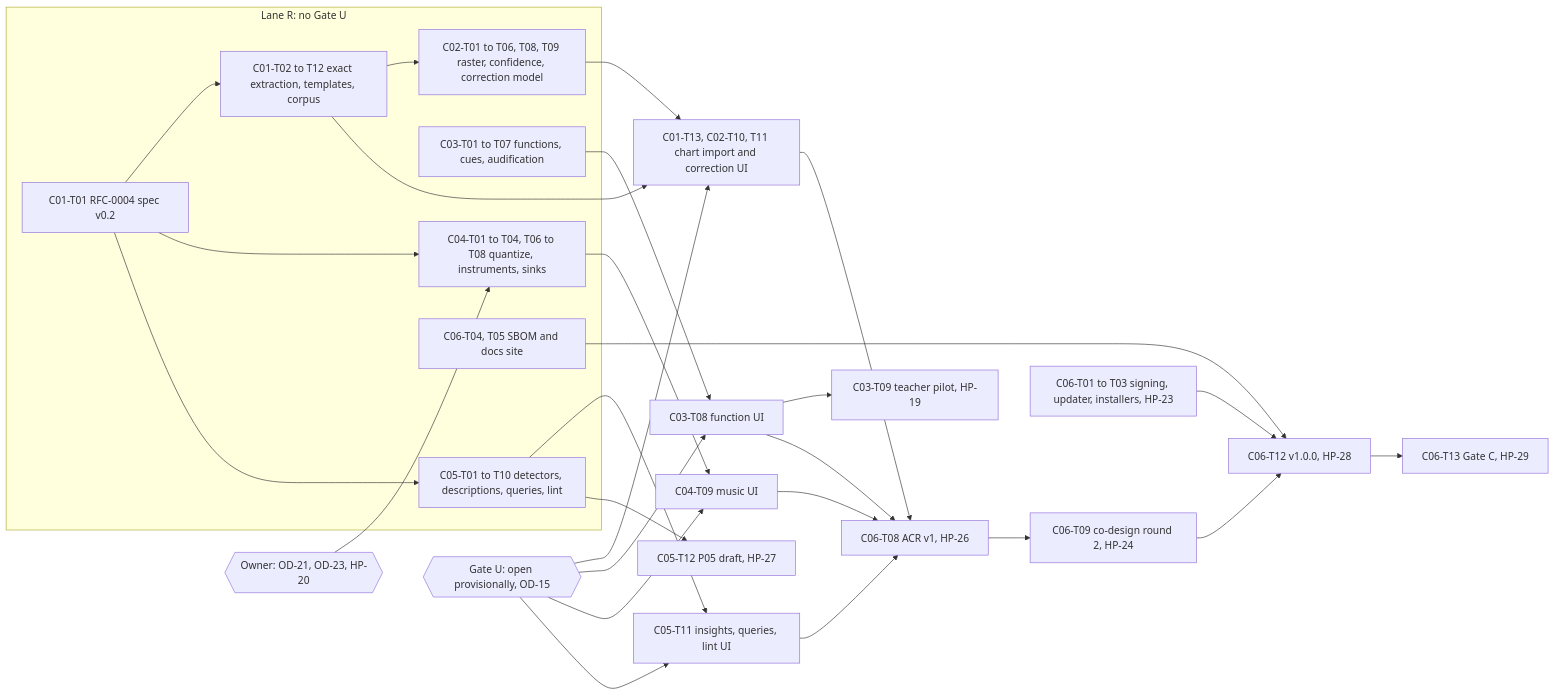
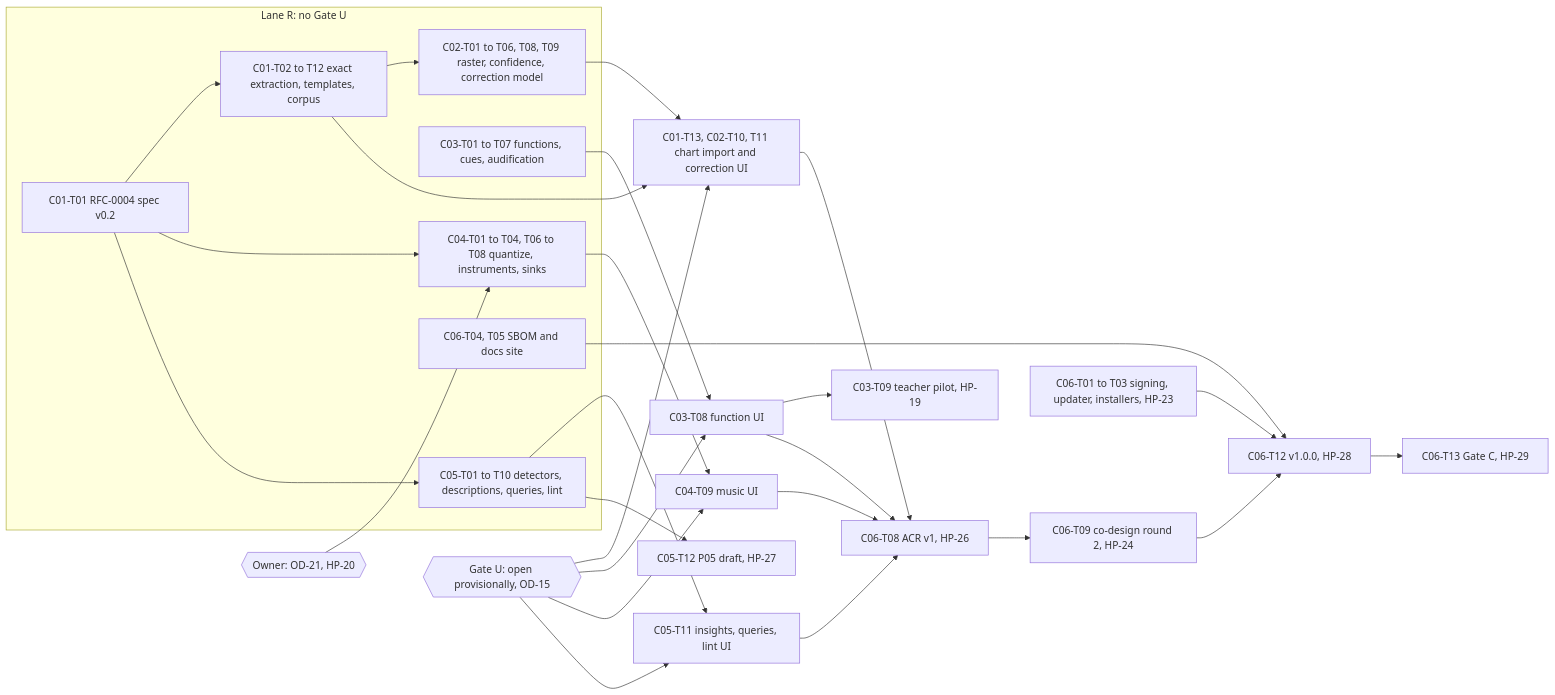
One commit to DuhItzAniket/SONARITHM changed the third of 3 diagrams in docs/planning/implementation-plan.md. Above: the diagram before and after it, drawn with Mermaid. The commit also changed other lines of this file and 12 other files, not shown here.

````diff
--- a/docs/planning/implementation-plan.md
+++ b/docs/planning/implementation-plan.md
@@ -398,39 +398,39 @@
 ```mermaid
 flowchart LR
   subgraph R[Lane R: no Gate U]
     RFC[C01-T01 RFC-0004 spec v0.2]
     PLO[C01-T02 to T12 exact extraction, templates, corpus]
     RAS[C02-T01 to T06, T08, T09 raster, confidence, correction model]
     CUR[C03-T01 to T07 functions, cues, audification]
     AXO[C04-T01 to T04, T06 to T08 quantize, instruments, sinks]
     ECH[C05-T01 to T10 detectors, descriptions, queries, lint]
     SUP[C06-T04, T05 SBOM and docs site]
   end
   GU{{Gate U: open provisionally, OD-15}}
-  OWN{{Owner: OD-21, OD-23, HP-20}}
+  OWN{{Owner: OD-21, HP-20}}
   RFC --> PLO
   RFC --> AXO
   RFC --> ECH
   PLO --> RAS
   OWN --> AXO
   PLO --> UIC[C01-T13, C02-T10, T11 chart import and correction UI]
   RAS --> UIC
   GU --> UIC
   CUR --> UIF[C03-T08 function UI]
   GU --> UIF
   UIF --> PIL[C03-T09 teacher pilot, HP-19]
   AXO --> UIM[C04-T09 music UI]
   ECH --> UII[C05-T11 insights, queries, lint UI]
   GU --> UIM
   GU --> UII
   ECH --> P05[C05-T12 P05 draft, HP-27]
   UIC --> ACR[C06-T08 ACR v1, HP-26]
   UIF --> ACR
   UIM --> ACR
   UII --> ACR
   ACR --> CD2[C06-T09 co-design round 2, HP-24]
   SIG[C06-T01 to T03 signing, updater, installers, HP-23] --> REL[C06-T12 v1.0.0, HP-28]
   CD2 --> REL
   SUP --> REL
   REL --> GC[C06-T13 Gate C, HP-29]
 ```
````
